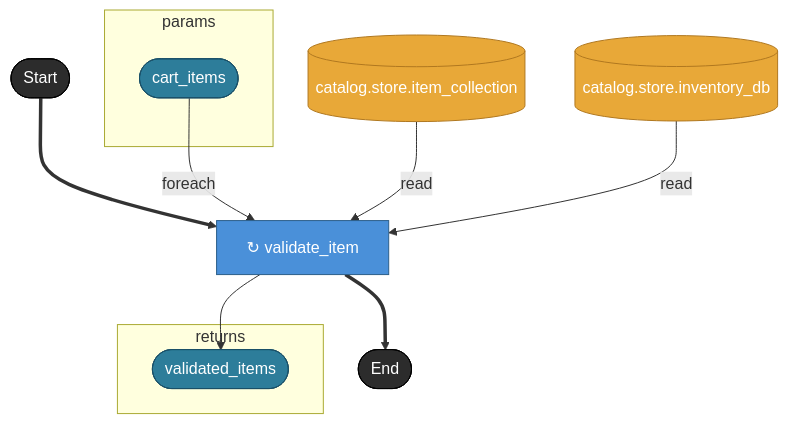
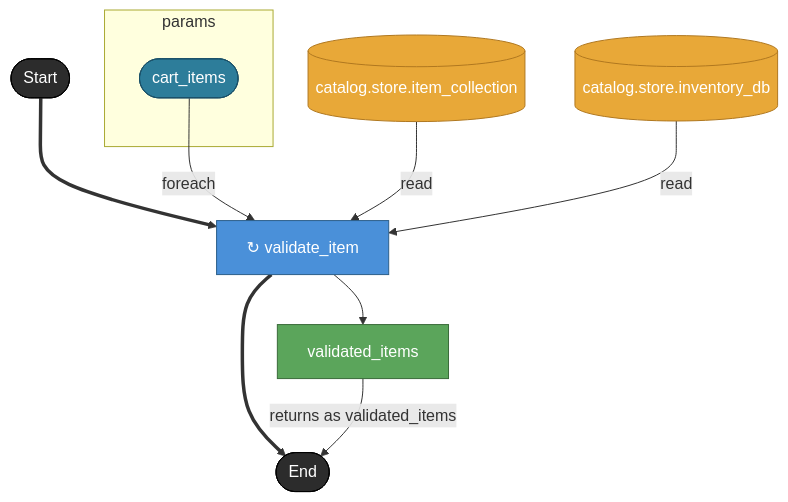
Before and after one commit to hiroshiasayadev-prog/brewprint: the diagram in docs/uc/001-ec-checkout-flow/renders/commerce/dag-validate_cart.md, drawn with Mermaid. The commit also changed other lines of this file and 49 other files, not shown here.

````diff
--- a/docs/uc/001-ec-checkout-flow/renders/commerce/dag-validate_cart.md
+++ b/docs/uc/001-ec-checkout-flow/renders/commerce/dag-validate_cart.md
@@ -7,27 +7,27 @@
 ```mermaid
 flowchart TD
   subgraph params
     cart_items([cart_items])
-  end
-  subgraph returns
-    validated_items([validated_items])
   end
 
   _start([Start]) ==> validate_item["↻ validate_item"]
   cart_items --"foreach"--> validate_item
 
   item_collection[(catalog.store.item_collection)] -- "read" --> validate_item
   inventory_db[(catalog.store.inventory_db)] -- "read" --> validate_item
 
   validate_item --> validated_items
   validate_item ==> _end([End])
+  validated_items -- "returns as validated_items" --> _end
 
   classDef taskNode     fill:#4A90D9,stroke:#2C5F8A,color:#fff
+  classDef assetNode    fill:#5BA55B,stroke:#3A6B3A,color:#fff
   classDef storeNode    fill:#E8A838,stroke:#B07820,color:#fff
   classDef terminalNode fill:#2C2C2C,stroke:#000,color:#fff
   classDef boundaryNode fill:#2D7D9A,stroke:#1A5068,color:#fff
   class validate_item taskNode
+  class validated_items assetNode
   class item_collection,inventory_db storeNode
   class _start,_end terminalNode
-  class cart_items,validated_items boundaryNode
+  class cart_items boundaryNode
 ```
````
